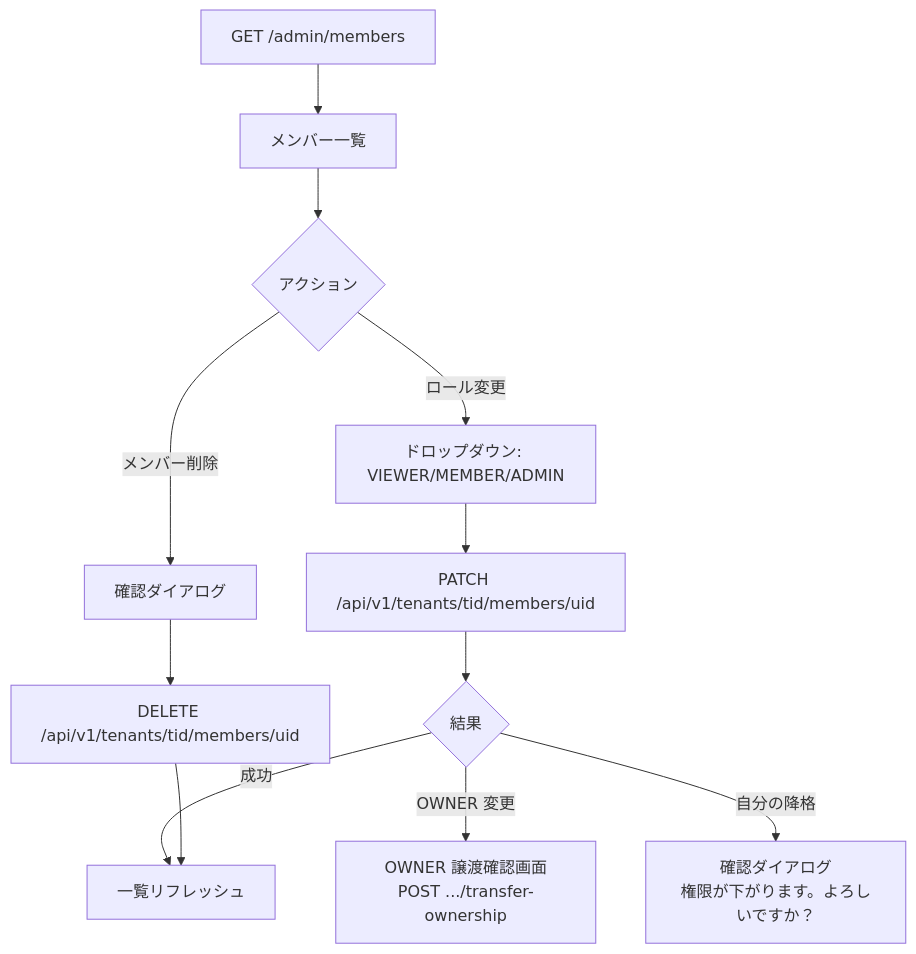
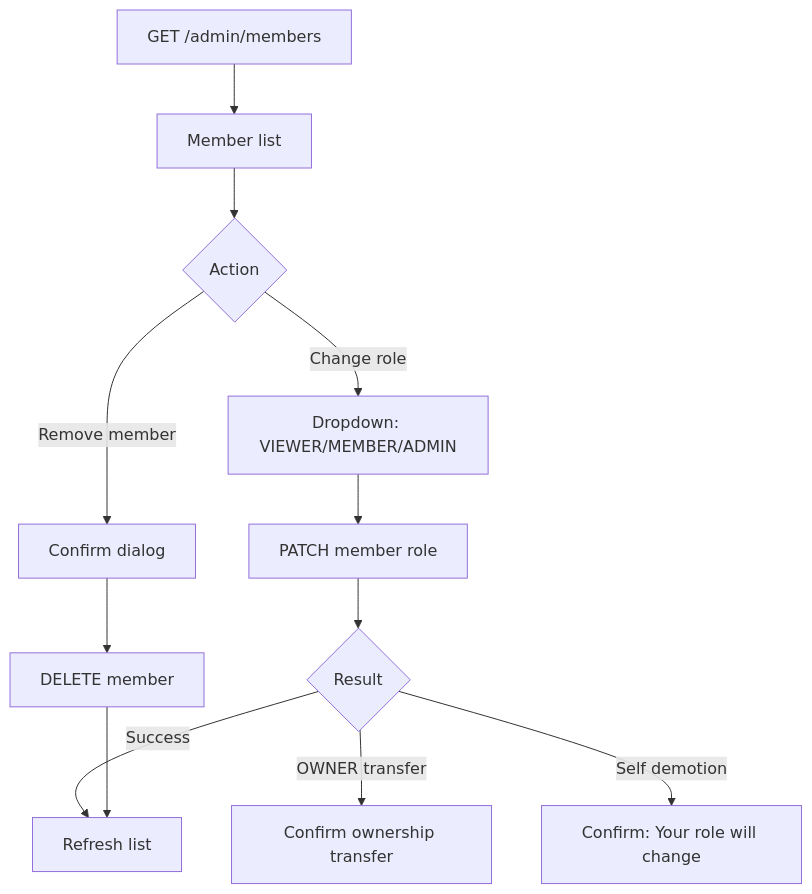
The ninth of 12 diagrams in dge/specs/ui-flow.md (opaopa6969/volta-auth-proxy), drawn with Mermaid before and after one commit. The commit also changed other lines of this file, not shown here.

First line of the commit message:
Fix mermaid diagrams for GitHub rendering

````diff
--- a/dge/specs/ui-flow.md
+++ b/dge/specs/ui-flow.md
@@ -243,16 +235,16 @@
 ```mermaid
 flowchart TD
-    A[GET /admin/members] --> B[メンバー一覧]
-    B --> C{アクション}
+    A["GET /admin/members"] --> B["Member list"]
+    B --> C{"Action"}
 
-    C -->|ロール変更| D[ドロップダウン: VIEWER/MEMBER/ADMIN]
-    D --> E[PATCH /api/v1/tenants/tid/members/uid]
-    E --> F{結果}
-    F -->|成功| G[一覧リフレッシュ]
-    F -->|OWNER 変更| H[OWNER 譲渡確認画面<br>POST .../transfer-ownership]
-    F -->|自分の降格| I[確認ダイアログ<br>権限が下がります。よろしいですか？]
+    C -->|"Change role"| D["Dropdown: VIEWER/MEMBER/ADMIN"]
+    D --> E["PATCH member role"]
+    E --> F{"Result"}
+    F -->|Success| G["Refresh list"]
+    F -->|"OWNER transfer"| H["Confirm ownership transfer"]
+    F -->|"Self demotion"| I["Confirm: Your role will change"]
 
-    C -->|メンバー削除| J[確認ダイアログ]
-    J --> K[DELETE /api/v1/tenants/tid/members/uid]
+    C -->|"Remove member"| J["Confirm dialog"]
+    J --> K["DELETE member"]
     K --> G
 ```
````
